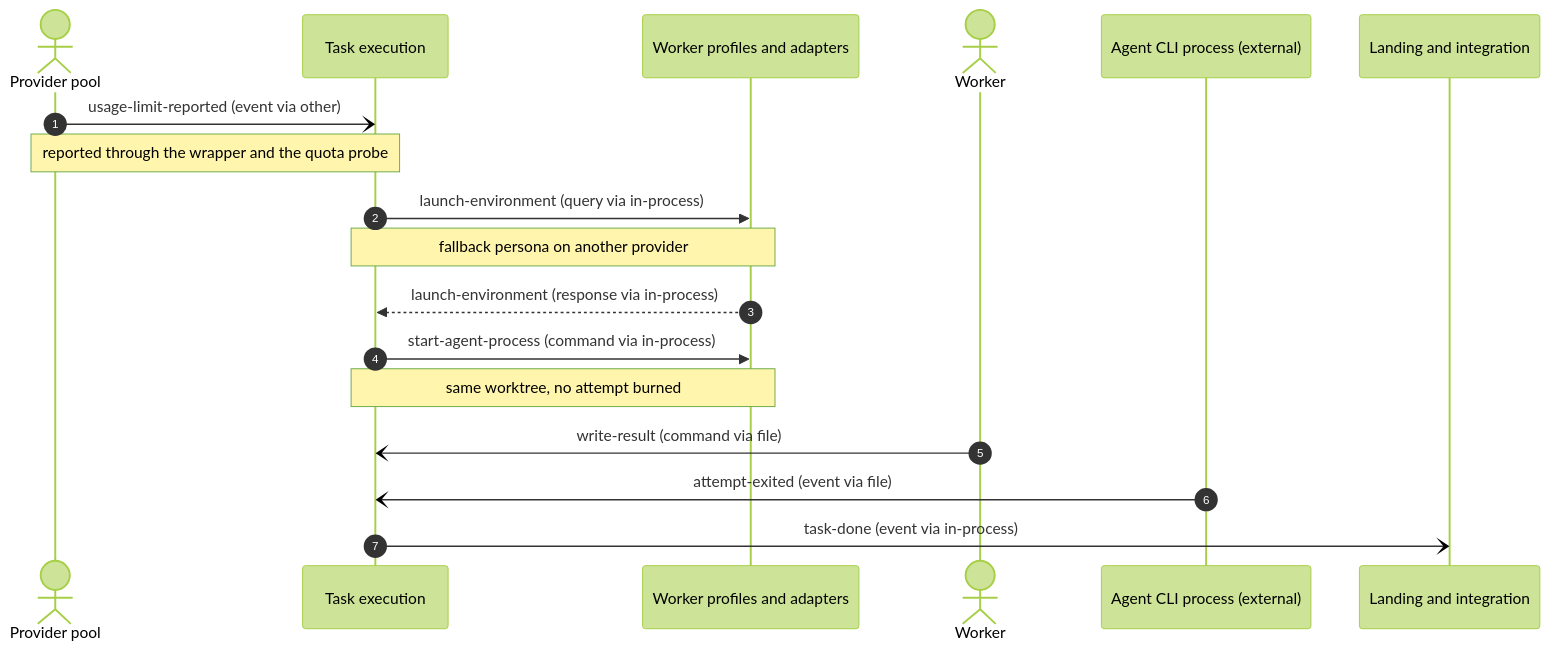
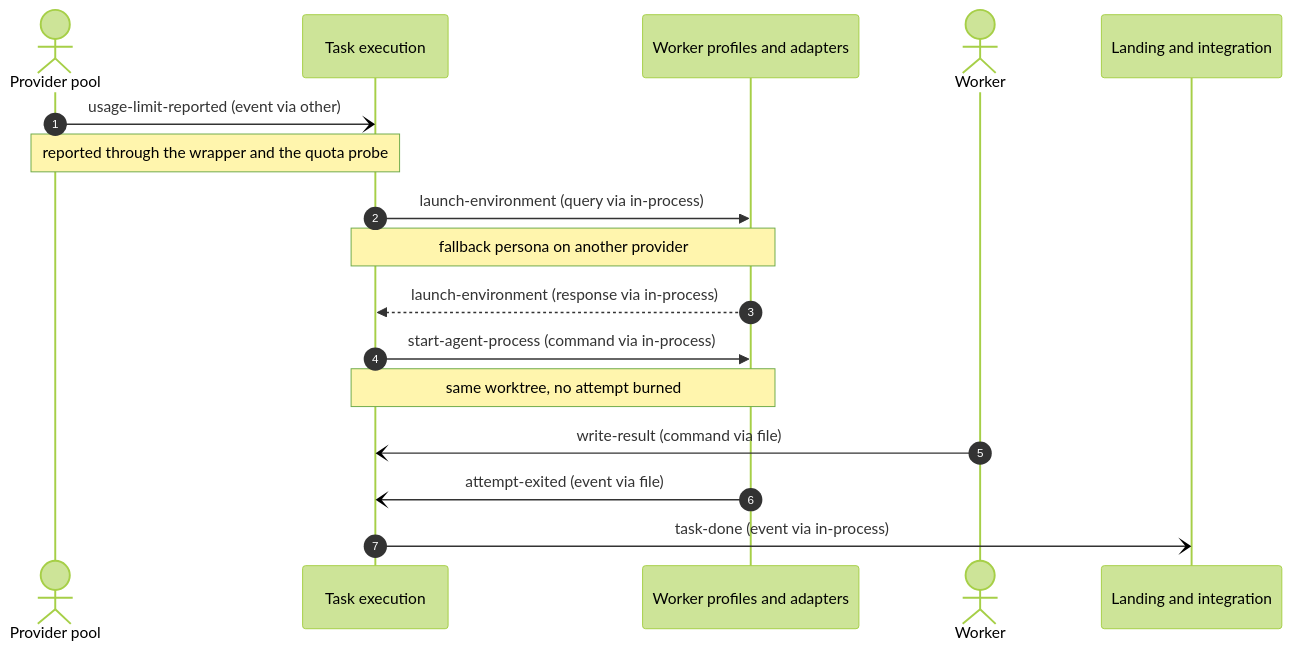
One commit to MattMakes/multi-herdr changed the fourth of 9 diagrams in ddd/05-connect/message-flows.md. Above: the diagram before and after it, drawn with Mermaid (forest theme). The commit also changed other lines of this file and 37 other files, not shown here.

````diff
--- a/ddd/05-connect/message-flows.md
+++ b/ddd/05-connect/message-flows.md
@@ -158,20 +158,19 @@
 ```mermaid
 sequenceDiagram
   autonumber
   actor provider_pool as Provider pool
   participant task_execution as Task execution
   participant worker_profiles as Worker profiles and adapters
   actor worker as Worker
-  participant agent_cli as Agent CLI process (external)
   participant integration as Landing and integration
   provider_pool-)task_execution: usage-limit-reported (event via other)
   Note over provider_pool,task_execution: reported through the wrapper and the quota probe
   task_execution->>worker_profiles: launch-environment (query via in-process)
   Note over task_execution,worker_profiles: fallback persona on another provider
   worker_profiles-->>task_execution: launch-environment (response via in-process)
   task_execution->>worker_profiles: start-agent-process (command via in-process)
   Note over task_execution,worker_profiles: same worktree, no attempt burned
   worker-)task_execution: write-result (command via file)
-  agent_cli-)task_execution: attempt-exited (event via file)
+  worker_profiles-)task_execution: attempt-exited (event via file)
   task_execution-)integration: task-done (event via in-process)
 ```
````
